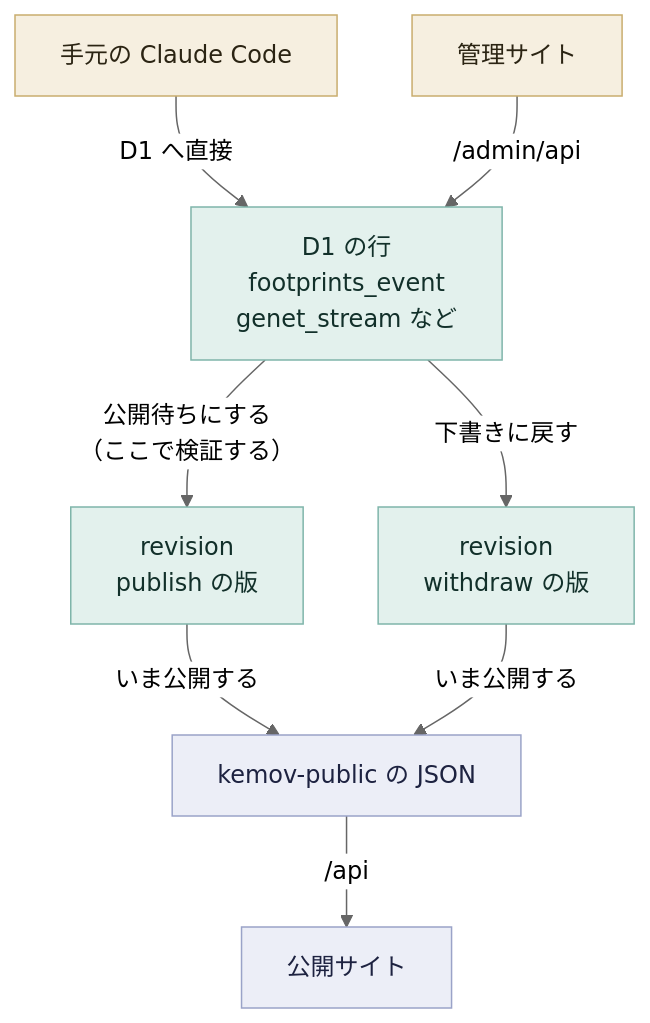
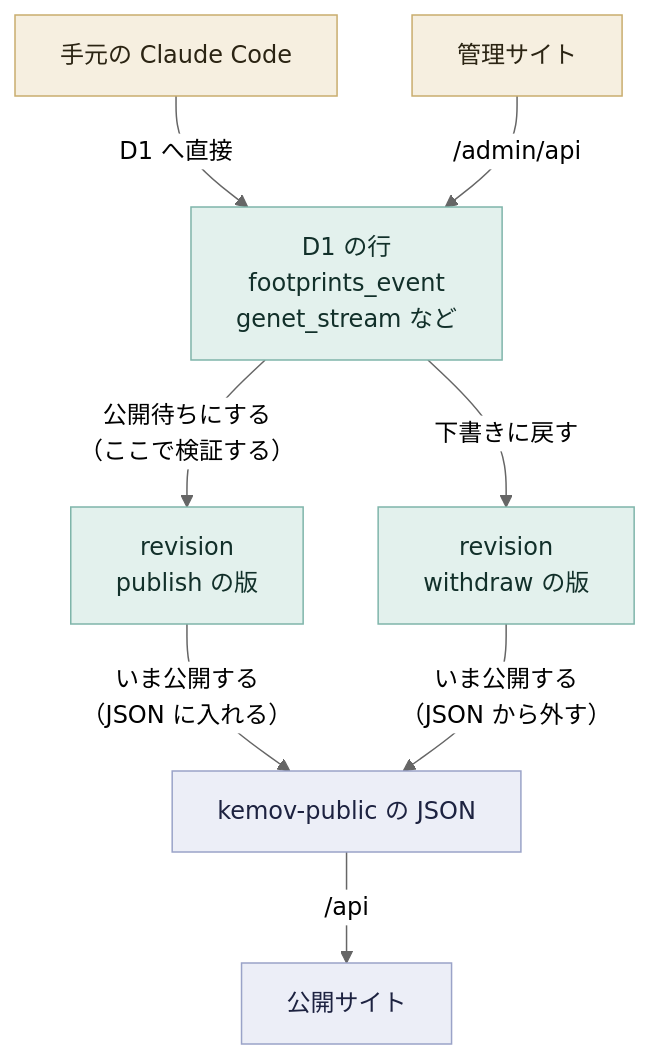
Before and after one commit to nanase/kemov: the diagram in docs/reference/admin.md, drawn with Mermaid (neutral theme). The commit also changed 2 other files, not shown here.

Commit message:
レビューの指摘を反映する: 環境変数の優先、rollback の順序、公開の図のラベル (#130)

````diff
--- a/docs/reference/admin.md
+++ b/docs/reference/admin.md
@@ -21,16 +21,16 @@
 ```mermaid
 flowchart TD
   cc["手元の Claude Code"] -- "D1 へ直接" --> rows["D1 の行<br/>footprints_event<br/>genet_stream など"]
   site["管理サイト"] -- "/admin/api" --> rows
   rows -- "公開待ちにする<br/>（ここで検証する）" --> rev["revision<br/>publish の版"]
   rows -- "下書きに戻す" --> rev2["revision<br/>withdraw の版"]
-  rev -- "いま公開する" --> json["kemov-public の JSON"]
-  rev2 -- "いま公開する" --> json
+  rev -- "いま公開する<br/>（JSON に入れる）" --> json["kemov-public の JSON"]
+  rev2 -- "いま公開する<br/>（JSON から外す）" --> json
   json -- "/api" --> pub["公開サイト"]
   classDef write fill:#f6efe0,stroke:#c9ad6e,color:#2b2413
   classDef store fill:#e3f1ed,stroke:#7fb5aa,color:#12302a
   classDef out fill:#eceef7,stroke:#9aa3c8,color:#1d2240
   class cc,site write
   class rows,rev,rev2 store
   class json,pub out
 ```
````
